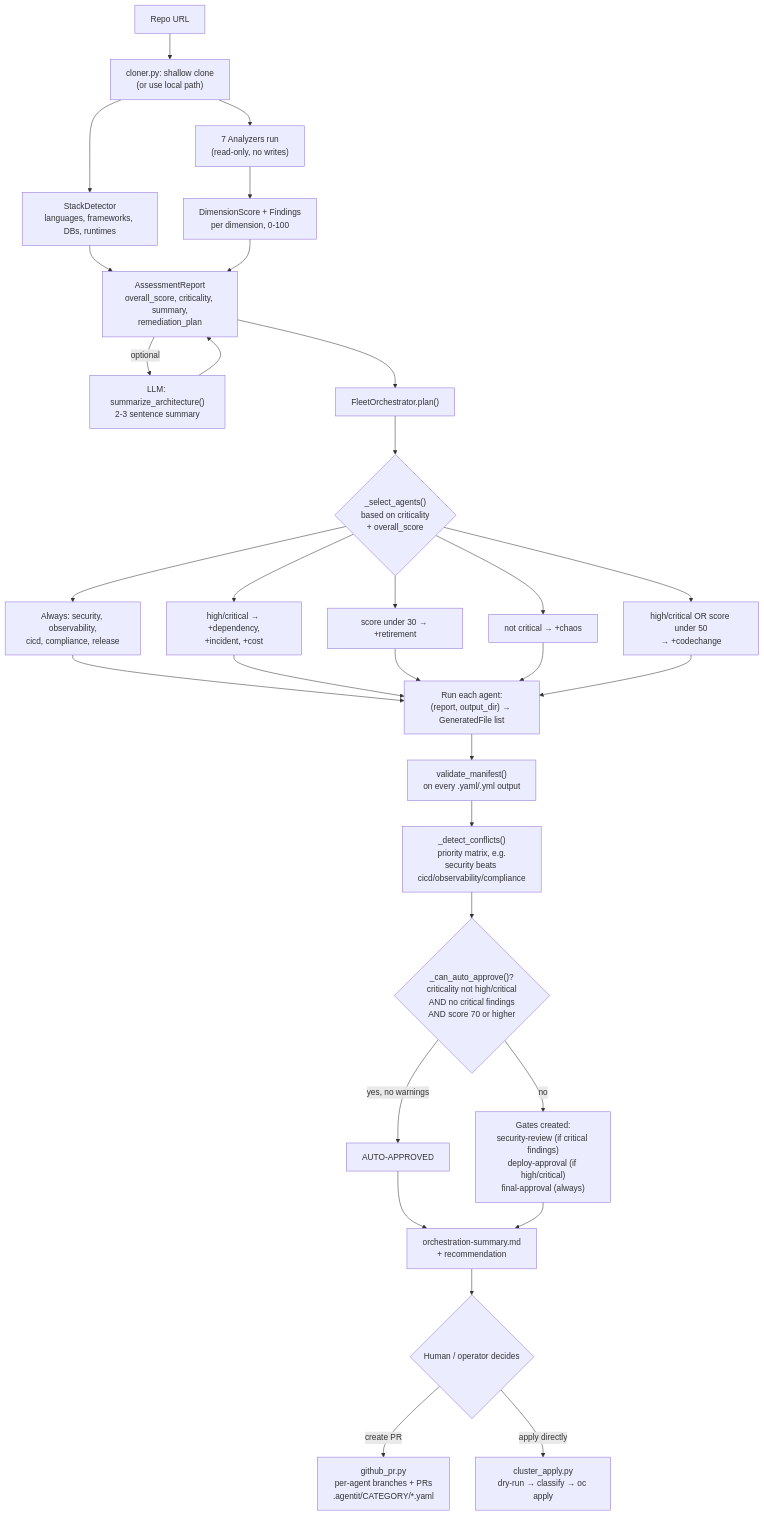
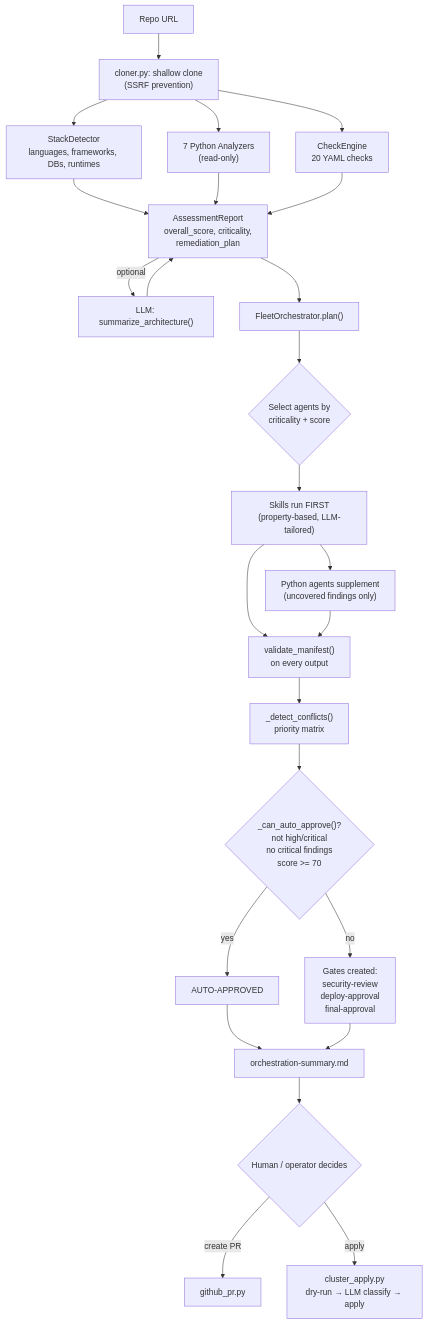
The second of 4 diagrams in docs/architecture.md (alimobrem/AgentIT), drawn with Mermaid before and after one commit. The commit also changed other lines of this file and 26 other files, not shown here.

First line of the commit message:
feat: data-driven check engine, skills-first orchestration, updated docs

````diff
--- a/docs/architecture.md
+++ b/docs/architecture.md
@@ -75,32 +88,25 @@
 ```mermaid
 flowchart TD
-    A["Repo URL"] --> B["cloner.py: shallow clone\n(or use local path)"]
+    A["Repo URL"] --> B["cloner.py: shallow clone\n(SSRF prevention)"]
     B --> C["StackDetector\nlanguages, frameworks, DBs, runtimes"]
-    B --> D["7 Analyzers run\n(read-only, no writes)"]
-    D --> E["DimensionScore + Findings\nper dimension, 0-100"]
-    C --> F["AssessmentReport\noverall_score, criticality, summary,\nremediation_plan"]
-    E --> F
-    F -->|"optional"| G["LLM: summarize_architecture()\n2-3 sentence summary"]
+    B --> D["7 Python Analyzers\n(read-only)"]
+    B --> E["CheckEngine\n20 YAML checks"]
+    C & D & E --> F["AssessmentReport\noverall_score, criticality,\nremediation_plan"]
+    F -->|"optional"| G["LLM: summarize_architecture()"]
     G --> F
 
     F --> H["FleetOrchestrator.plan()"]
-    H --> I{"_select_agents()\nbased on criticality\n+ overall_score"}
-    I --> J["Always: security, observability,\ncicd, compliance, release"]
-    I --> K["high/critical → +dependency,\n+incident, +cost"]
-    I --> L["score under 30 → +retirement"]
-    I --> M["not critical → +chaos"]
-    I --> N["high/critical OR score under 50\n→ +codechange"]
+    H --> I{"Select agents by\ncriticality + score"}
+    I --> J["Skills run FIRST\n(property-based, LLM-tailored)"]
+    J --> K["Python agents supplement\n(uncovered findings only)"]
+    J & K --> L["validate_manifest()\non every output"]
+    L --> M["_detect_conflicts()\npriority matrix"]
+    M --> N{"_can_auto_approve()?\nnot high/critical\nno critical findings\nscore >= 70"}
+    N -->|"yes"| O["AUTO-APPROVED"]
+    N -->|"no"| P["Gates created:\nsecurity-review\ndeploy-approval\nfinal-approval"]
+    O & P --> Q["orchestration-summary.md"]
 
-    J & K & L & M & N --> O["Run each agent:\n(report, output_dir) → GeneratedFile list"]
-    O --> P["validate_manifest()\non every .yaml/.yml output"]
-    P --> Q["_detect_conflicts()\npriority matrix, e.g.\nsecurity beats cicd/observability/compliance"]
-    Q --> R{"_can_auto_approve()?\ncriticality not high/critical\nAND no critical findings\nAND score 70 or higher"}
-    R -->|"yes, no warnings"| S["AUTO-APPROVED"]
-    R -->|"no"| T["Gates created:\nsecurity-review (if critical findings)\ndeploy-approval (if high/critical)\nfinal-approval (always)"]
-    S --> U["orchestration-summary.md\n+ recommendation"]
-    T --> U
-
-    U --> V{"Human / operator decides"}
-    V -->|"create PR"| W["github_pr.py\nper-agent branches + PRs\n.agentit/CATEGORY/*.yaml"]
-    V -->|"apply directly"| X["cluster_apply.py\ndry-run → classify → oc apply"]
+    Q --> R{"Human / operator decides"}
+    R -->|"create PR"| S["github_pr.py"]
+    R -->|"apply"| T["cluster_apply.py\ndry-run → LLM classify → apply"]
 ```
````
